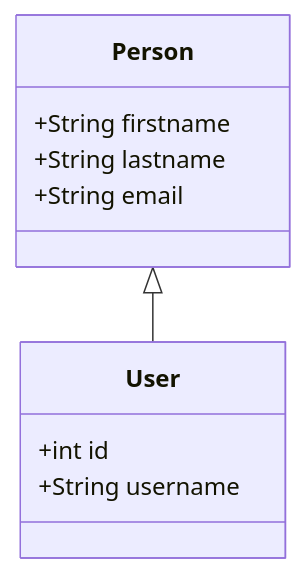
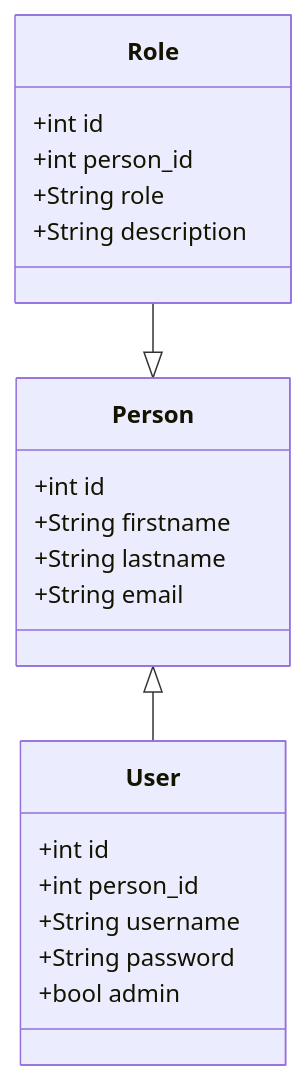
One commit to Silberman-Law/documentation-aap changed the first of 2 diagrams in database-schema.md. Above: the diagram before and after it, drawn with Mermaid.

````diff
--- a/database-schema.md
+++ b/database-schema.md
@@ -1,13 +1,24 @@
 ```mermaid
 classDiagram
     Person <|-- User
+    Role --|> Person
     class User {
         +int id
+        +int person_id
         +String username
+        +String password
+        +bool admin
     }
     class Person {
+        +int id
         +String firstname
         +String lastname
         +String email
     }
+    class Role {
+        +int id
+        +int person_id
+        +String role
+        +String description
+    }
 ```
````
